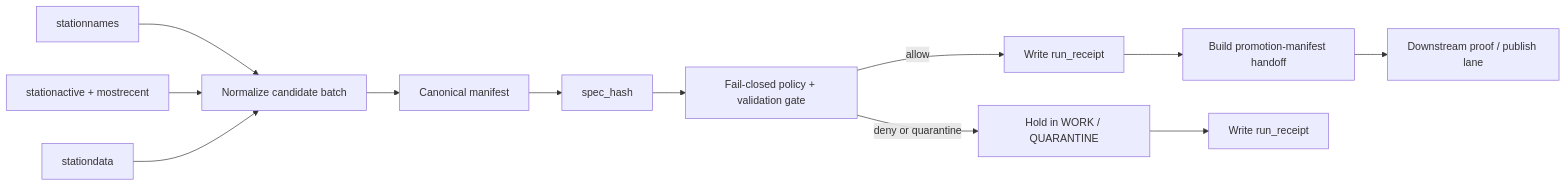
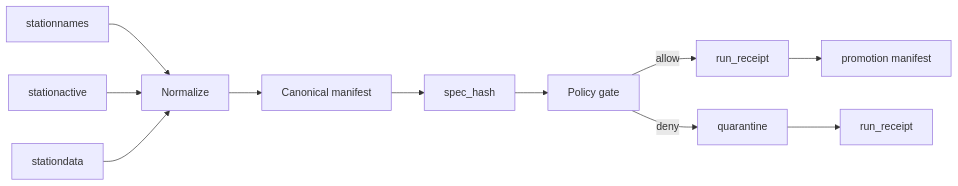
One commit to bartytime4life/Kansas-Frontier-Matrix changed the diagram in pipelines/soil-moisture-watch/README.md. Above: the diagram before and after it, drawn with Mermaid. The commit also changed other lines of this file, not shown here.

````diff
--- a/pipelines/soil-moisture-watch/README.md
+++ b/pipelines/soil-moisture-watch/README.md
@@ -183,14 +124,13 @@
 ```mermaid
 flowchart LR
-  A[stationnames] --> D[Normalize candidate batch]
-  B[stationactive + mostrecent] --> D
+  A[stationnames] --> D[Normalize]
+  B[stationactive] --> D
   C[stationdata] --> D
   D --> E[Canonical manifest]
   E --> F[spec_hash]
-  F --> G[Fail-closed policy + validation gate]
-  G -->|allow| H[Write run_receipt]
-  H --> I[Build promotion-manifest handoff]
-  I --> J[Downstream proof / publish lane]
-  G -->|deny or quarantine| K[Hold in WORK / QUARANTINE]
-  K --> L[Write run_receipt]
+  F --> G[Policy gate]
+  G -->|allow| H[run_receipt]
+  H --> I[promotion manifest]
+  G -->|deny| J[quarantine]
+  J --> K[run_receipt]
 ```
````
